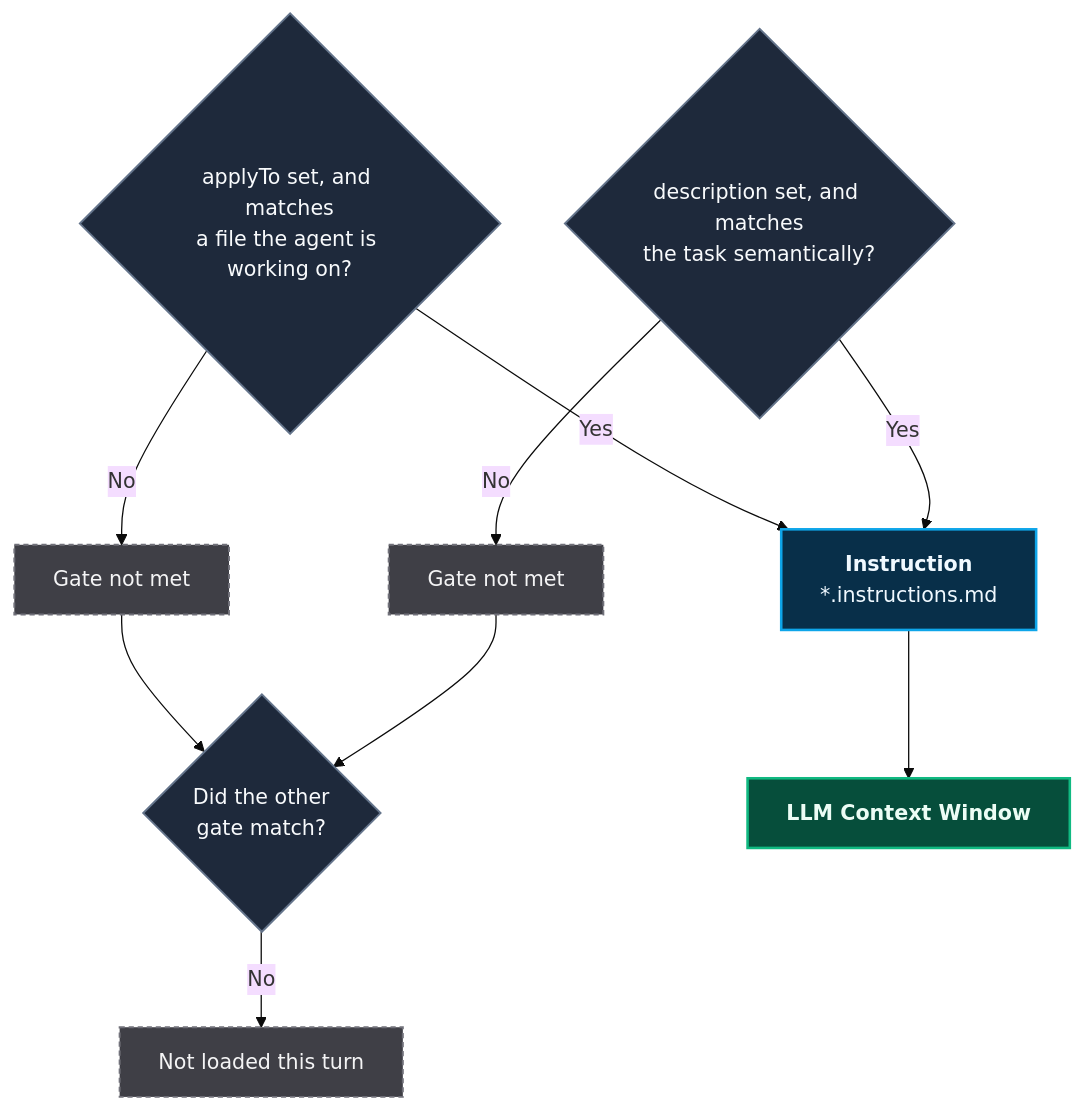
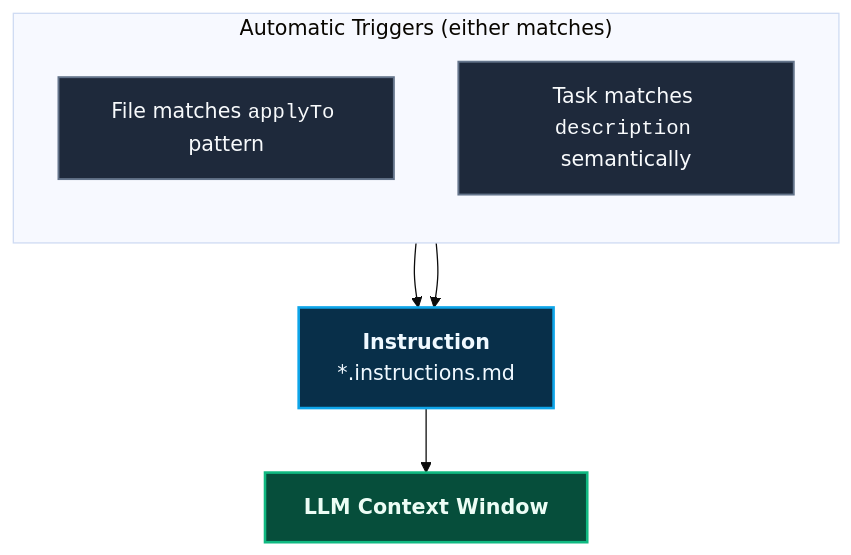
One commit to ALTEN-group/coding-pal changed the first of 4 diagrams in website/docs/guide/persistent-context.md. Above: the diagram before and after it, drawn with Mermaid (base theme).

Commit message:
fix: update flowchart for instruction loading triggers and clarify activation conditions

````diff
--- a/website/docs/guide/persistent-context.md
+++ b/website/docs/guide/persistent-context.md
@@ -16,26 +16,23 @@
 ```mermaid
 ---
-caption: An instruction loads if either of its two gates matches
+caption: Instruction Loading — triggered automatically by file pattern or task description
 ---
 flowchart TD
-    F1{"applyTo set, and matches<br/>a file the agent is working on?"}
-    F2{"description set, and matches<br/>the task semantically?"}
-    F1 -->|"Yes"| I["<b>Instruction</b><br/>*.instructions.md"]
-    F2 -->|"Yes"| I
-    F1 -->|"No"| X1["Gate not met"]
-    F2 -->|"No"| X2["Gate not met"]
-    X1 --> BOTH{"Did the other<br/>gate match?"}
-    X2 --> BOTH
-    BOTH -->|"No"| NONE["Not loaded this turn"]
+    subgraph Triggers ["Automatic Triggers (either matches)"]
+        direction TB
+        T1["File matches <code>applyTo</code> pattern"]
+        T2["Task matches <code>description</code> semantically"]
+    end
+
+    T1 --> I["<b>Instruction</b><br/>*.instructions.md"]
+    T2 --> I
     I --> CTX["<b>LLM Context Window</b>"]
 
     classDef instruction fill:#082f49,stroke:#0ea5e9,stroke-width:2px,color:#f0f9ff;
     classDef execution fill:#064e3b,stroke:#10b981,stroke-width:2px,color:#ecfdf5;
     classDef event fill:#1e293b,stroke:#64748b,stroke-width:1.5px,color:#f8fafc;
-    classDef skip fill:#3f3f46,stroke:#71717a,stroke-width:1.5px,color:#f4f4f5,stroke-dasharray: 4 3;
 
     class I instruction;
     class CTX execution;
-    class F1,F2,BOTH event;
-    class X1,X2,NONE skip;
+    class T1,T2 event;
 ```
````
